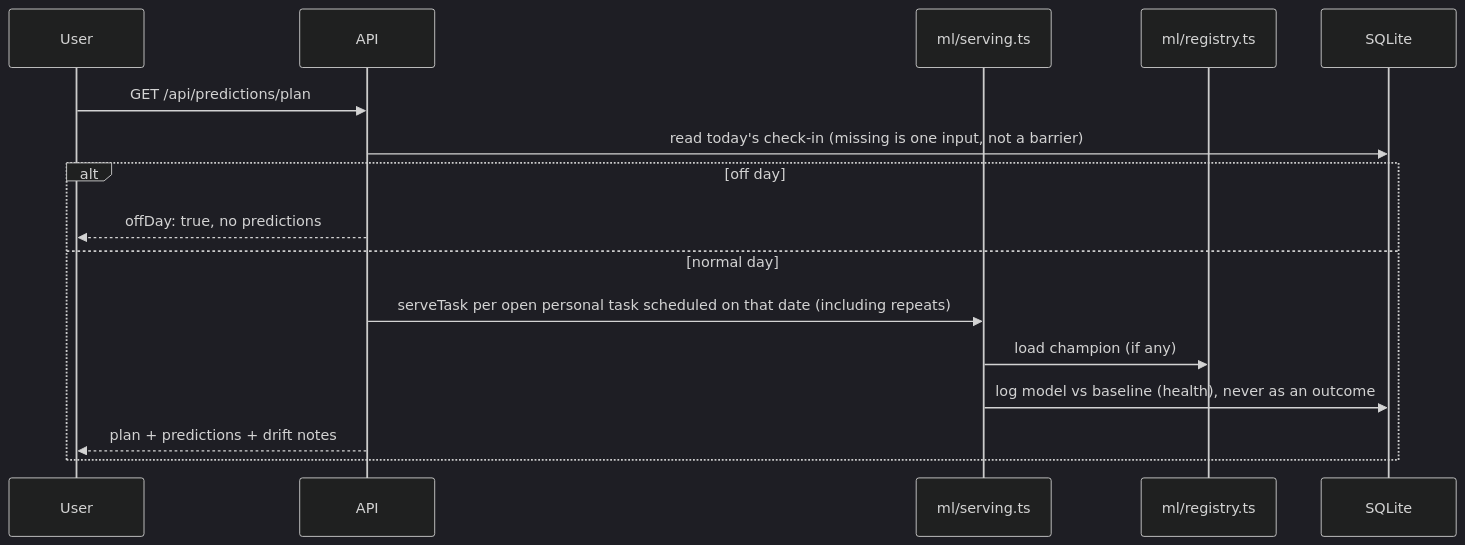
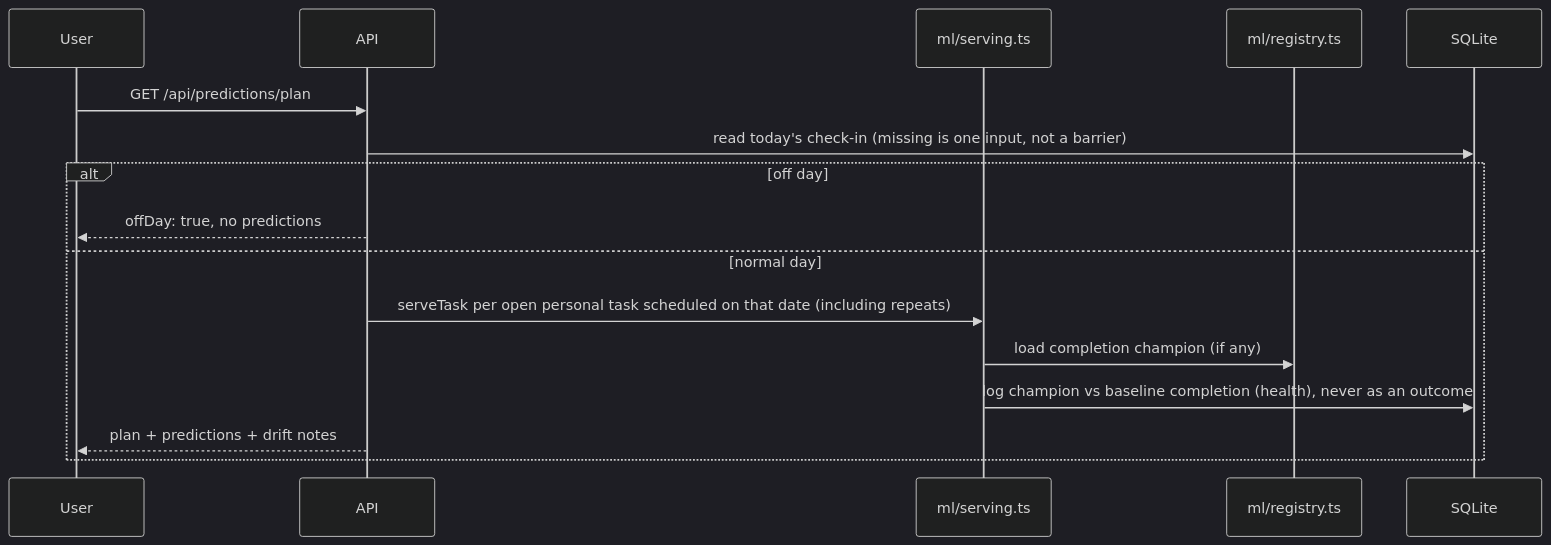
The fourth of 4 diagrams in docs/architecture.md (akashjatwala/To-Do-List), drawn with Mermaid (dark theme) before and after one commit. The commit also changed other lines of this file and 29 other files, not shown here.

Commit message:
Make completion the only trained model with a stronger GBM

````diff
--- a/docs/architecture.md
+++ b/docs/architecture.md
@@ -107,18 +107,18 @@
 ```mermaid
 sequenceDiagram
   participant U as User
   participant A as API
   participant S as ml/serving.ts
   participant R as ml/registry.ts
   participant D as SQLite
   U->>A: GET /api/predictions/plan
   A->>D: read today's check-in (missing is one input, not a barrier)
   alt off day
     A-->>U: offDay: true, no predictions
   else normal day
     A->>S: serveTask per open personal task scheduled on that date (including repeats)
-    S->>R: load champion (if any)
-    S->>D: log model vs baseline (health), never as an outcome
+    S->>R: load completion champion (if any)
+    S->>D: log champion vs baseline completion (health), never as an outcome
     A-->>U: plan + predictions + drift notes
   end
 ```
````
